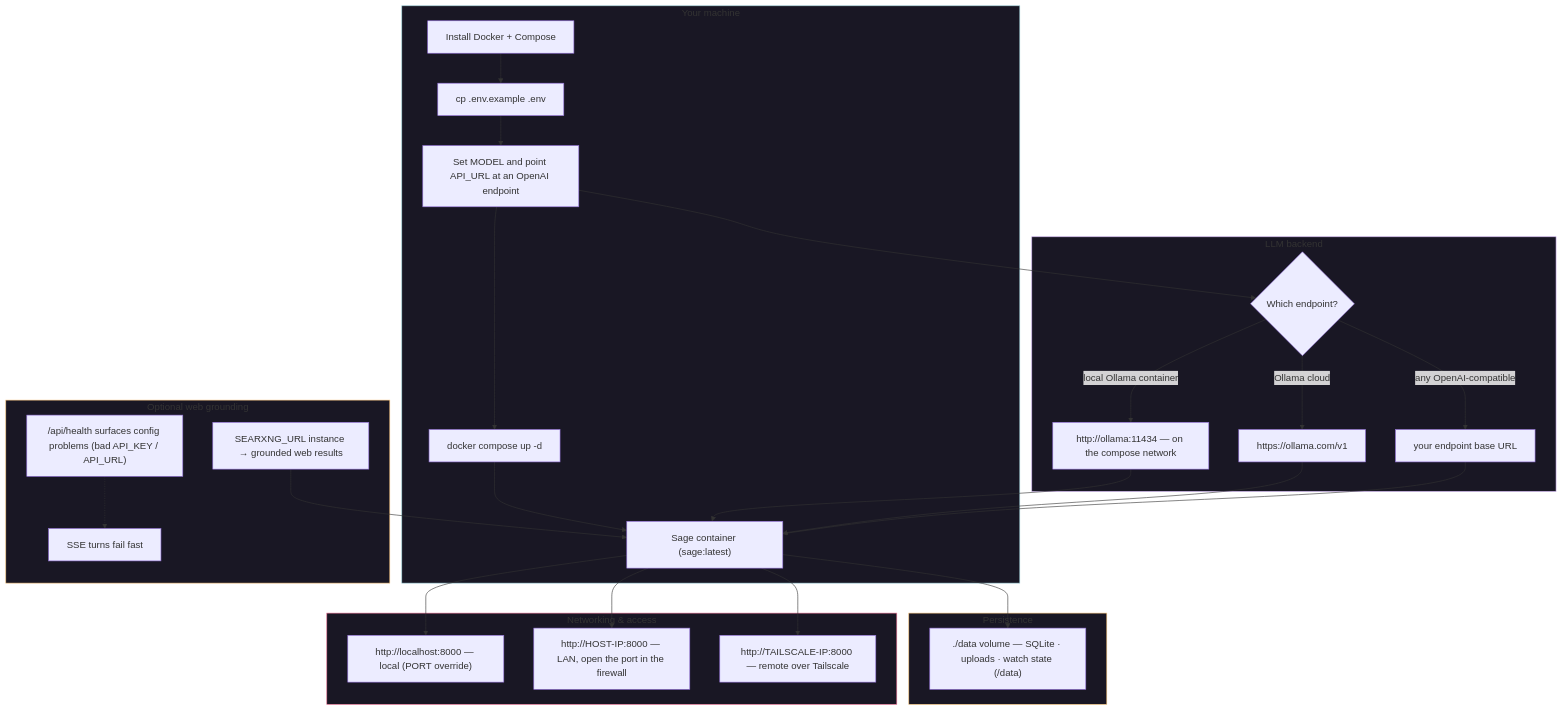
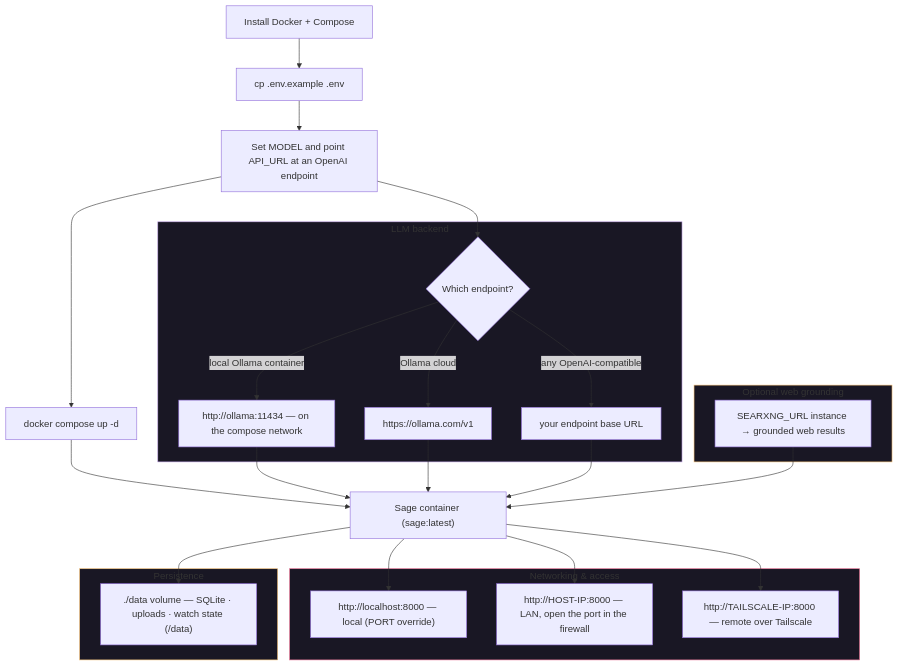
One commit to totallynotbrent/Sage changed the diagram in docs/setup.md. Above: the diagram before and after it, drawn with Mermaid.

Commit message:
fix the diagram so one node isn't shared across four groups

````diff
--- a/docs/setup.md
+++ b/docs/setup.md
@@ -8,35 +8,40 @@
 ```mermaid
 flowchart TB
-    subgraph HOST["Your machine"]
-        A["Install Docker + Compose"] --> B["cp .env.example .env"]
-        B --> C["Set MODEL and point API_URL at an OpenAI endpoint"]
-        C --> D["docker compose up -d"]
-        D --> E["Sage container (sage:latest)"]
-    end
-    subgraph DATA["Persistence"]
-        E --> F["./data volume — SQLite · uploads · watch state (/data)"]
-    end
+    A["Install Docker + Compose"] --> B["cp .env.example .env"]
+    B --> C["Set MODEL and point API_URL at an OpenAI endpoint"]
+    C --> D["docker compose up -d"]
+    D --> E["Sage container (sage:latest)"]
+
     subgraph LLM["LLM backend"]
-        C --> G{"Which endpoint?"}
+        G{"Which endpoint?"}
         G -->|"local Ollama container"| H["http://ollama:11434 — on the compose network"]
         G -->|"Ollama cloud"| I["https://ollama.com/v1"]
         G -->|"any OpenAI-compatible"| J["your endpoint base URL"]
-        H --> E
-        I --> E
-        J --> E
     end
     subgraph NET["Networking & access"]
-        E --> K["http://localhost:8000 — local (PORT override)"]
-        E --> L["http://HOST-IP:8000 — LAN, open the port in the firewall"]
-        E --> M["http://TAILSCALE-IP:8000 — remote over Tailscale"]
+        K["http://localhost:8000 — local (PORT override)"]
+        L["http://HOST-IP:8000 — LAN, open the port in the firewall"]
+        M["http://TAILSCALE-IP:8000 — remote over Tailscale"]
+    end
+    subgraph DATA["Persistence"]
+        F["./data volume — SQLite · uploads · watch state (/data)"]
     end
     subgraph GROUND["Optional web grounding"]
-        N["SEARXNG_URL instance → grounded web results"] --> E
-        O["/api/health surfaces config problems (bad API_KEY / API_URL)"] -.-> P["SSE turns fail fast"]
+        N["SEARXNG_URL instance → grounded web results"]
     end
-    style HOST fill:#191724,stroke:#9ccfd8
+
+    C --> G
+    H --> E
+    I --> E
+    J --> E
+    E --> F
+    E --> K
+    E --> L
+    E --> M
+    N --> E
+
     style LLM fill:#191724,stroke:#c4a7e7
     style NET fill:#191724,stroke:#eb6f92
+    style DATA fill:#191724,stroke:#f6c177
     style GROUND fill:#191724,stroke:#f6c177
-    style DATA fill:#191724,stroke:#f6c177
 ```
````
